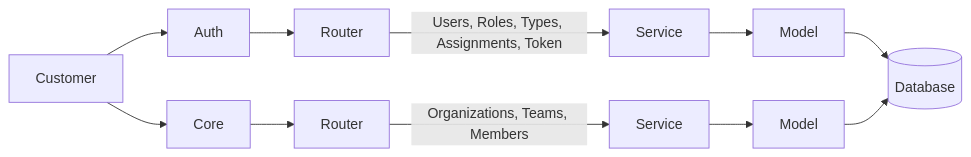
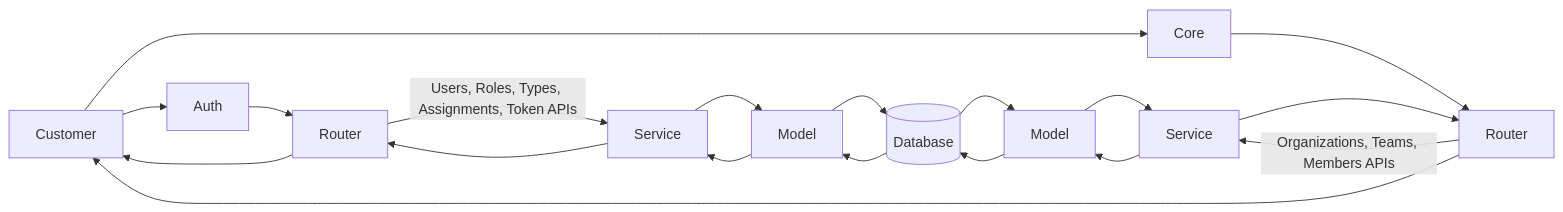
Before and after one commit to Sampath-Dz/organization_app: the diagram in README.md, drawn with Mermaid. The commit also changed other lines of this file, not shown here.

````diff
--- a/README.md
+++ b/README.md
@@ -148,17 +144,25 @@
 ```mermaid
 flowchart LR
     Customer --> Auth
     Customer --> Core
 
     %% Auth Flow
     Auth --> Router1[Router]
-    Router1 -->|Users, Roles, Types, Assignments, Token| Service1[Service]
+    Router1 -->|Users, Roles, Types, Assignments, Token APIs| Service1[Service]
     Service1 --> Model1[Model]
     Model1 --> DB[(Database)]
+    DB --> Model1
+    Model1 --> Service1
+    Service1 --> Router1
+    Router1 --> Customer
 
     %% Core Flow
     Core --> Router2[Router]
-    Router2 -->|Organizations, Teams, Members| Service2[Service]
+    Router2 -->|Organizations, Teams, Members APIs| Service2[Service]
     Service2 --> Model2[Model]
     Model2 --> DB
+    DB --> Model2
+    Model2 --> Service2
+    Service2 --> Router2
+    Router2 --> Customer
 ```
````
